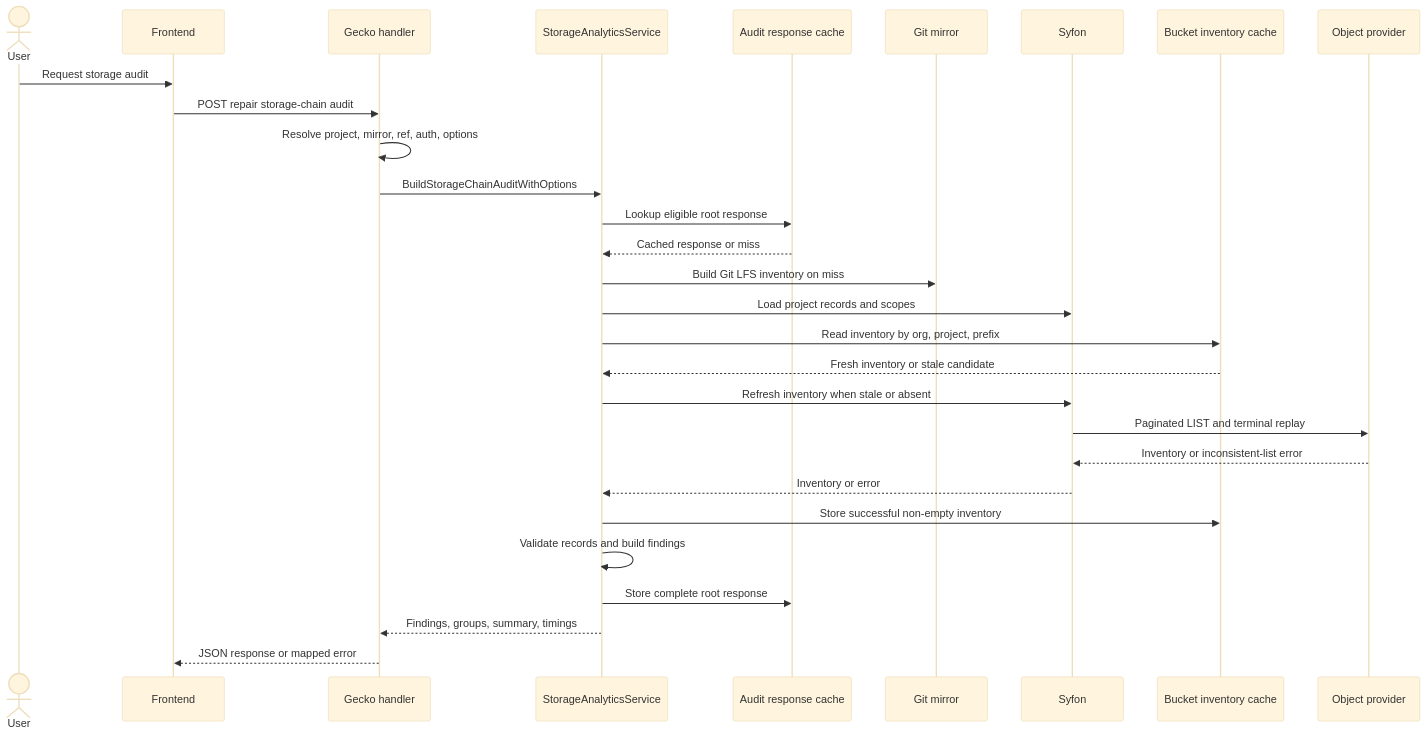
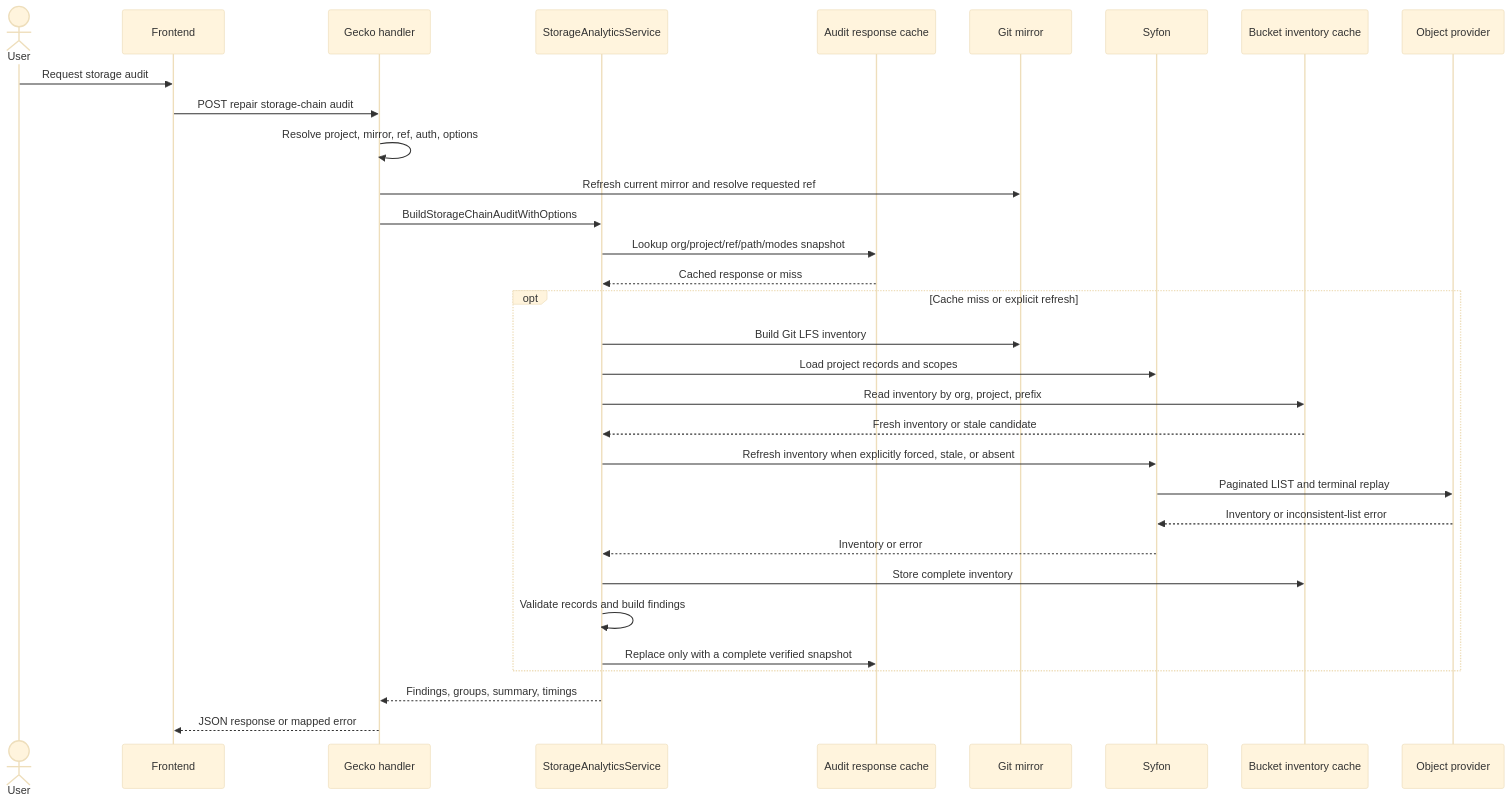
Before and after one commit to calypr/gecko: the first of 2 diagrams in docs/storage-chain-audit.md, drawn with Mermaid (base theme). The commit also changed other lines of this file and 60 other files, not shown here.

First line of the commit message:
feat(storage-audit): persist progress and coordinate cancellable project audits

````diff
--- a/docs/storage-chain-audit.md
+++ b/docs/storage-chain-audit.md
@@ -43,32 +45,35 @@
 ```mermaid
 sequenceDiagram
     actor User
     participant UI as Frontend
     participant Handler as Gecko handler
     participant Audit as StorageAnalyticsService
     participant ResponseCache as Audit response cache
     participant Git as Git mirror
     participant Syfon
     participant BucketCache as Bucket inventory cache
     participant S3 as Object provider
 
     User->>UI: Request storage audit
     UI->>Handler: POST repair storage-chain audit
     Handler->>Handler: Resolve project, mirror, ref, auth, options
+    Handler->>Git: Refresh current mirror and resolve requested ref
     Handler->>Audit: BuildStorageChainAuditWithOptions
-    Audit->>ResponseCache: Lookup eligible root response
+    Audit->>ResponseCache: Lookup org/project/ref/path/modes snapshot
     ResponseCache-->>Audit: Cached response or miss
-    Audit->>Git: Build Git LFS inventory on miss
-    Audit->>Syfon: Load project records and scopes
-    Audit->>BucketCache: Read inventory by org, project, prefix
-    BucketCache-->>Audit: Fresh inventory or stale candidate
-    Audit->>Syfon: Refresh inventory when stale or absent
-    Syfon->>S3: Paginated LIST and terminal replay
-    S3-->>Syfon: Inventory or inconsistent-list error
-    Syfon-->>Audit: Inventory or error
-    Audit->>BucketCache: Store successful non-empty inventory
-    Audit->>Audit: Validate records and build findings
-    Audit->>ResponseCache: Store complete root response
+    opt Cache miss or explicit refresh
+        Audit->>Git: Build Git LFS inventory
+        Audit->>Syfon: Load project records and scopes
+        Audit->>BucketCache: Read inventory by org, project, prefix
+        BucketCache-->>Audit: Fresh inventory or stale candidate
+        Audit->>Syfon: Refresh inventory when explicitly forced, stale, or absent
+        Syfon->>S3: Paginated LIST and terminal replay
+        S3-->>Syfon: Inventory or inconsistent-list error
+        Syfon-->>Audit: Inventory or error
+        Audit->>BucketCache: Store complete inventory
+        Audit->>Audit: Validate records and build findings
+        Audit->>ResponseCache: Replace only with a complete verified snapshot
+    end
     Audit-->>Handler: Findings, groups, summary, timings
     Handler-->>UI: JSON response or mapped error
 ```
````
